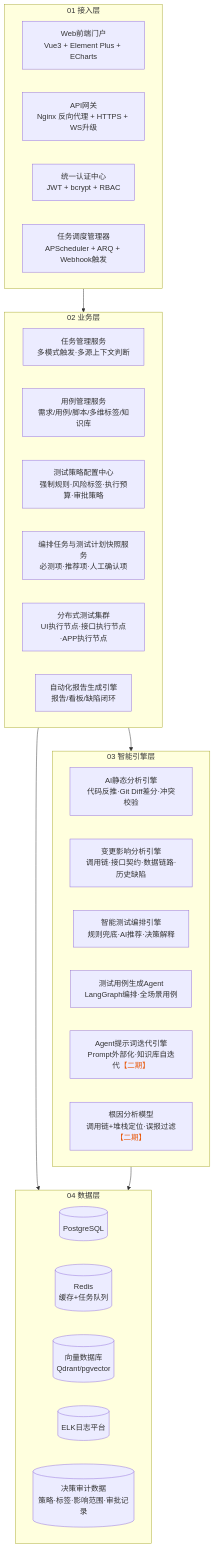
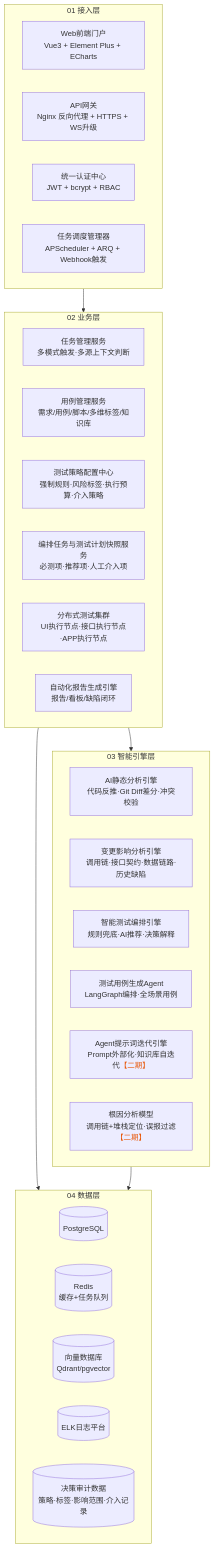
Before and after one commit to xiangsong97/xueran: the second of 9 diagrams in AI驱动自动化测试平台自研落地实施方案.md, drawn with Mermaid. The commit also changed other lines of this file, not shown here.

````diff
--- a/AI驱动自动化测试平台自研落地实施方案.md
+++ b/AI驱动自动化测试平台自研落地实施方案.md
@@ -253,40 +194,40 @@
 ```mermaid
 flowchart TB
     subgraph L1["01 接入层"]
         WEB["Web前端门户<br/>Vue3 + Element Plus + ECharts"]
         GW["API网关<br/>Nginx 反向代理 + HTTPS + WS升级"]
         AUTH["统一认证中心<br/>JWT + bcrypt + RBAC"]
         SCHED["任务调度管理器<br/>APScheduler + ARQ + Webhook触发"]
     end
 
     subgraph L2["02 业务层"]
         TM["任务管理服务<br/>多模式触发·多源上下文判断"]
         CM["用例管理服务<br/>需求/用例/脚本/多维标签/知识库"]
-        STRATEGY["测试策略配置中心<br/>强制规则·风险标签·执行预算·审批策略"]
-        PLAN["编排任务与测试计划快照服务<br/>必测项·推荐项·人工确认项"]
+        STRATEGY["测试策略配置中心<br/>强制规则·风险标签·执行预算·介入策略"]
+        PLAN["编排任务与测试计划快照服务<br/>必测项·推荐项·人工介入项"]
         EXEC["分布式测试集群<br/>UI执行节点·接口执行节点·APP执行节点"]
         REP["自动化报告生成引擎<br/>报告/看板/缺陷闭环"]
     end
 
     subgraph L3["03 智能引擎层"]
         STATIC["AI静态分析引擎<br/>代码反推·Git Diff差分·冲突校验"]
         IMPACT["变更影响分析引擎<br/>调用链·接口契约·数据链路·历史缺陷"]
         ORCH["智能测试编排引擎<br/>规则兜底·AI推荐·决策解释"]
         GEN["测试用例生成Agent<br/>LangGraph编排·全场景用例"]
         PROMPT["Agent提示词迭代引擎<br/>Prompt外部化·知识库自迭代<span style="color:#e8590c">【二期】</span> "]
         ROOT["根因分析模型<br/>调用链+堆栈定位·误报过滤<span style="color:#e8590c">【二期】</span>"]
     end
 
     subgraph L4["04 数据层"]
         DB[("PostgreSQL<br/>")]
         REDIS[("Redis<br/>缓存+任务队列")]
         VEC[("向量数据库<br/>Qdrant/pgvector")]
         ELK[("ELK日志平台")]
-        AUDIT[("决策审计数据<br/>策略·标签·影响范围·审批记录")]
+        AUDIT[("决策审计数据<br/>策略·标签·影响范围·介入记录")]
     end
 
     L1 --> L2
     L2 --> L3
     L2 --> L4
     L3 --> L4
 ```
````
